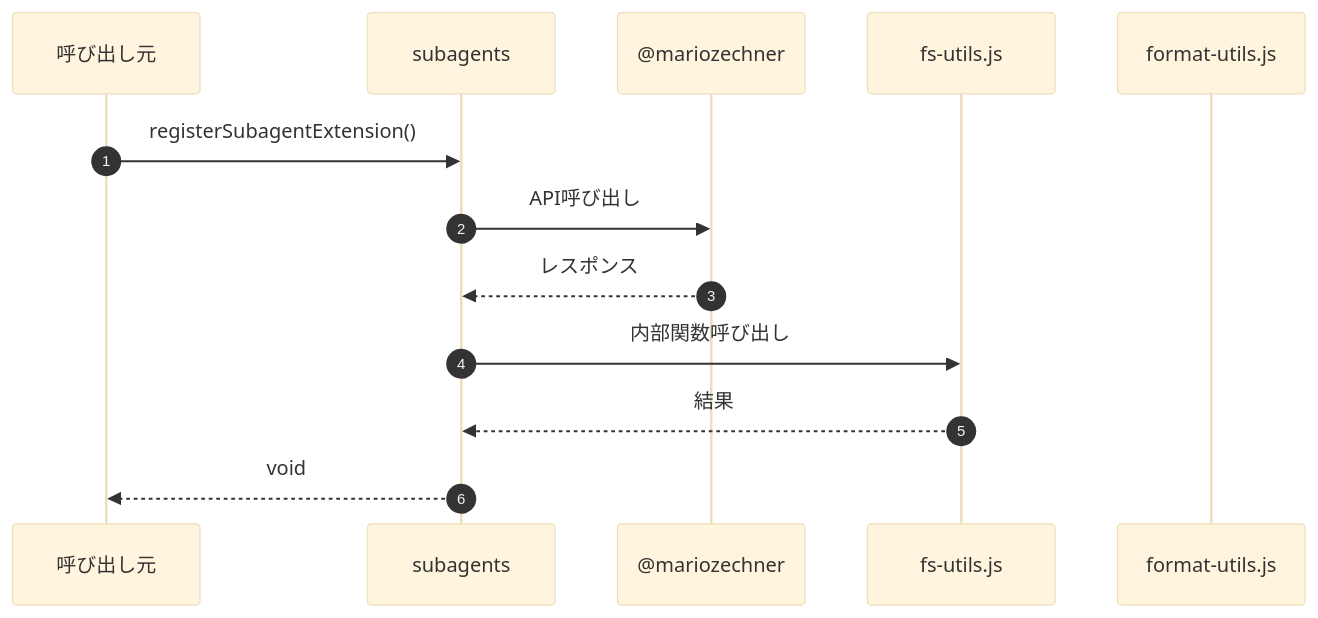
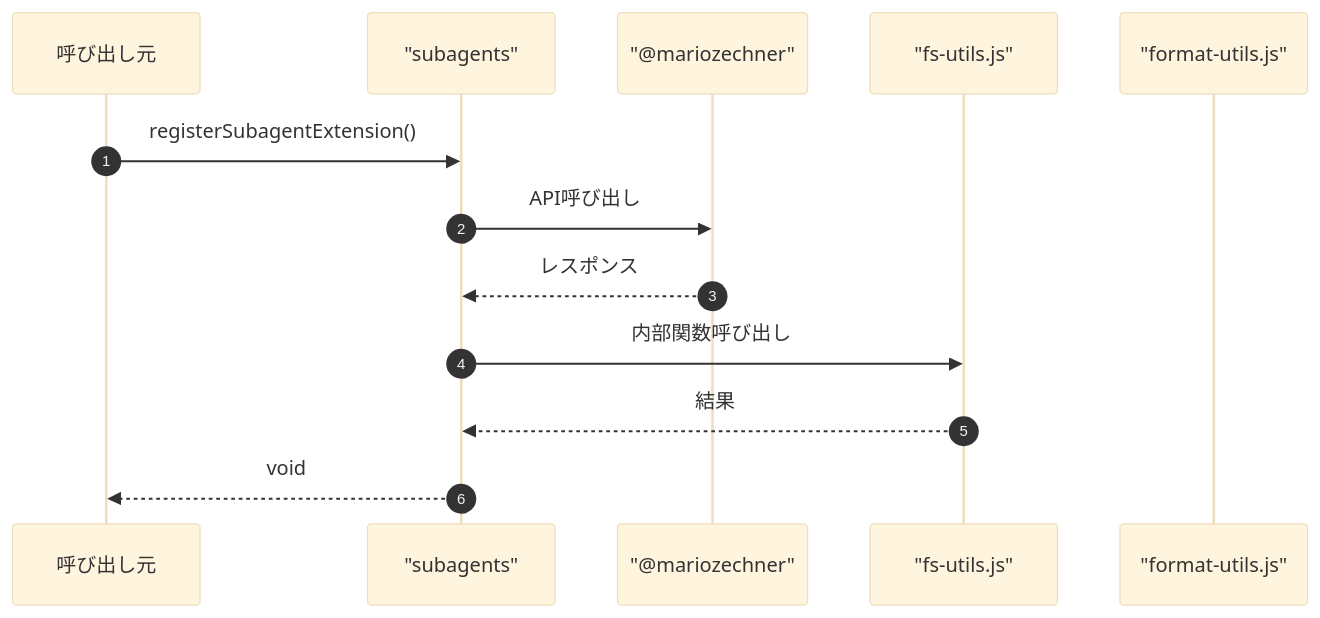
Before and after one commit to Mekann2904/mekann: the second of 2 diagrams in ABDD/.pi/extensions/subagents.md, drawn with Mermaid (base theme). The commit also changed other lines of this file and 152 other files, not shown here.

First line of the commit message:
fix: Mermaid図のラベル内の特殊文字をエスケープする

````diff
--- a/ABDD/.pi/extensions/subagents.md
+++ b/ABDD/.pi/extensions/subagents.md
@@ -60,16 +60,16 @@
 ```mermaid
 sequenceDiagram
   autonumber
   participant Caller as 呼び出し元
-  participant subagents as subagents
-  participant _mariozechner as @mariozechner
-  participant fs_utils_js as fs-utils.js
-  participant format_utils_js as format-utils.js
+  participant subagents as "subagents"
+  participant _mariozechner as "@mariozechner"
+  participant fs_utils_js as "fs-utils.js"
+  participant format_utils_js as "format-utils.js"
 
   Caller->>subagents: registerSubagentExtension()
   subagents->>_mariozechner: API呼び出し
   _mariozechner-->>subagents: レスポンス
   subagents->>fs_utils_js: 内部関数呼び出し
   fs_utils_js-->>subagents: 結果
   subagents-->>Caller: void
 ```
````
